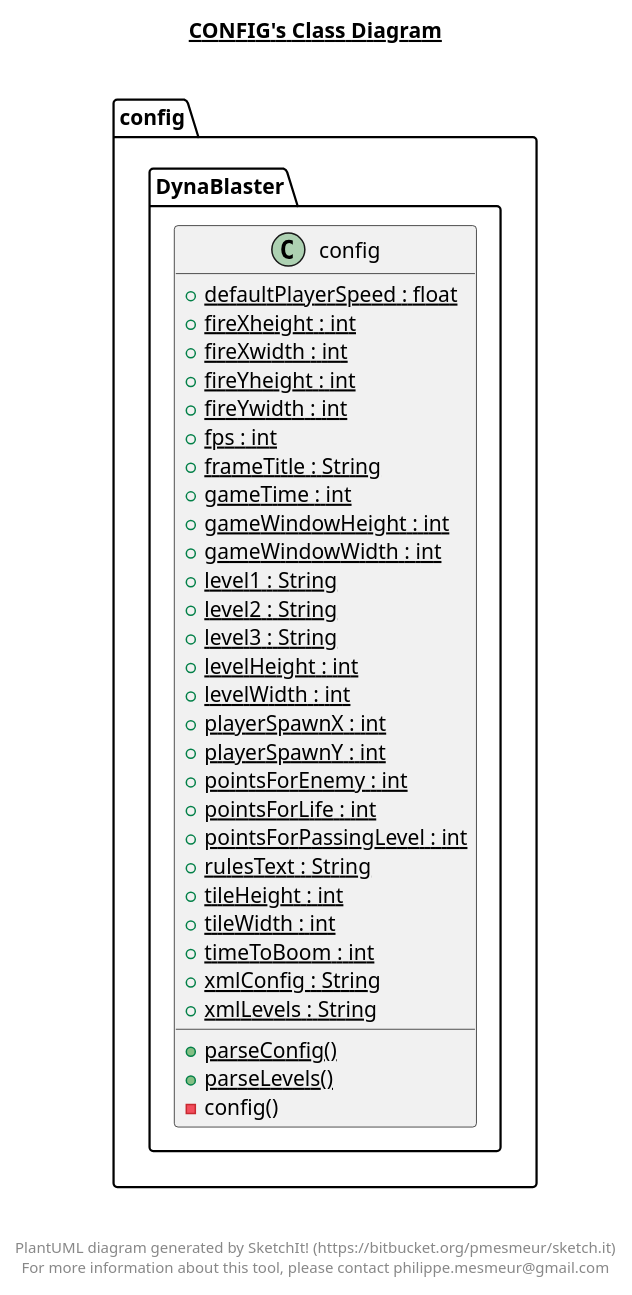
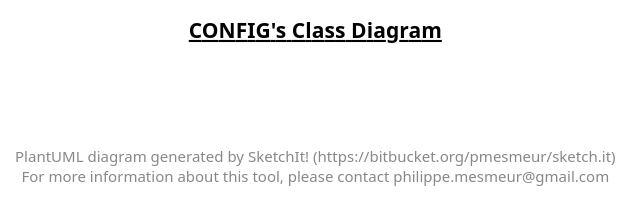
Before and after one commit to mxdzelq/Dyna_Blaster-Java: the diagram in out/production/DynaBlaster/config/config.plantuml, drawn with PlantUML. The commit also changed 127 other files, not shown here.

```diff
--- a/out/production/DynaBlaster/config/config.plantuml
+++ b/out/production/DynaBlaster/config/config.plantuml
@@ -1,49 +1,14 @@
 @startuml
 
 title __CONFIG's Class Diagram__\n
-
-  namespace config {
-    class DynaBlaster.config {
-        {static} + defaultPlayerSpeed : float
-        {static} + fireXheight : int
-        {static} + fireXwidth : int
-        {static} + fireYheight : int
-        {static} + fireYwidth : int
-        {static} + fps : int
-        {static} + frameTitle : String
-        {static} + gameTime : int
-        {static} + gameWindowHeight : int
-        {static} + gameWindowWidth : int
-        {static} + level1 : String
-        {static} + level2 : String
-        {static} + level3 : String
-        {static} + levelHeight : int
-        {static} + levelWidth : int
-        {static} + playerSpawnX : int
-        {static} + playerSpawnY : int
-        {static} + pointsForEnemy : int
-        {static} + pointsForLife : int
-        {static} + pointsForPassingLevel : int
-        {static} + rulesText : String
-        {static} + tileHeight : int
-        {static} + tileWidth : int
-        {static} + timeToBoom : int
-        {static} + xmlConfig : String
-        {static} + xmlLevels : String
-        {static} + parseConfig()
-        {static} + parseLevels()
-        - config()
-    }
-  }
-  
 
 
 
 right footer
 
 
 PlantUML diagram generated by SketchIt! (https://bitbucket.org/pmesmeur/sketch.it)
 For more information about this tool, please contact philippe.mesmeur@gmail.com
 endfooter
 
 @enduml
```
